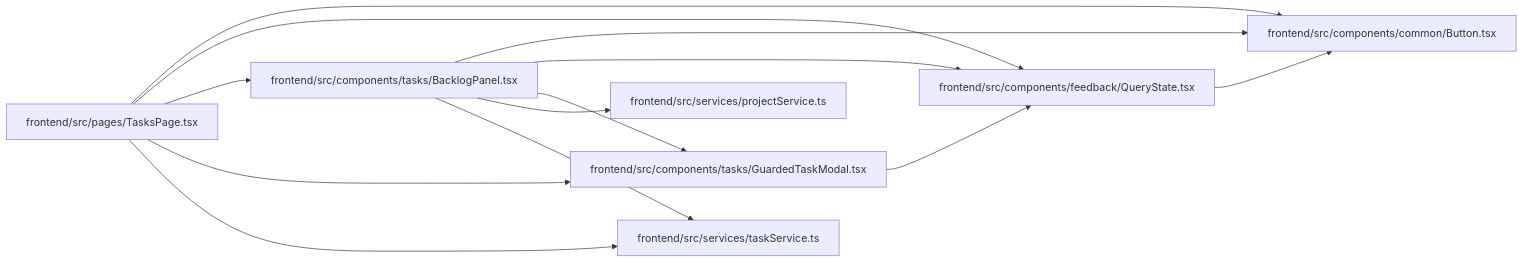
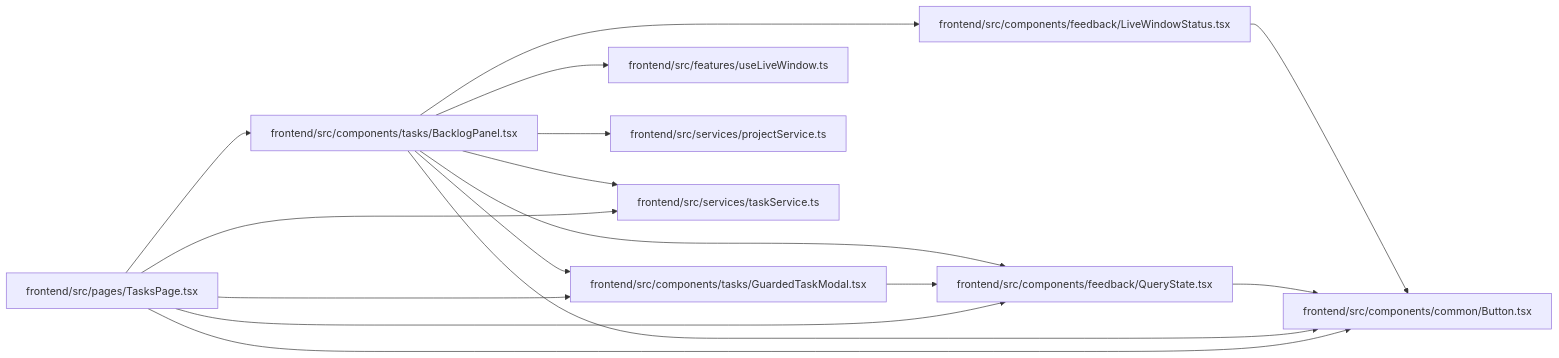
Before and after one commit to Denissvgn/WorkChord: the diagram in docs/llm_wiki/modules/BacklogPanel.md, drawn with Mermaid. The commit also changed other lines of this file and 392 other files, not shown here.

````diff
--- a/docs/llm_wiki/modules/BacklogPanel.md
+++ b/docs/llm_wiki/modules/BacklogPanel.md
@@ -32,29 +34,36 @@
 ```mermaid
 flowchart LR
     n0["frontend/src/components/common/Button.tsx"]
-    n1["frontend/src/components/feedback/QueryState.tsx"]
-    n2["frontend/src/components/tasks/BacklogPanel.tsx"]
-    n3["frontend/src/components/tasks/GuardedTaskModal.tsx"]
-    n4["frontend/src/pages/TasksPage.tsx"]
-    n5["frontend/src/services/projectService.ts"]
-    n6["frontend/src/services/taskService.ts"]
+    n1["frontend/src/components/feedback/LiveWindowStatus.tsx"]
+    n2["frontend/src/components/feedback/QueryState.tsx"]
+    n3["frontend/src/components/tasks/BacklogPanel.tsx"]
+    n4["frontend/src/components/tasks/GuardedTaskModal.tsx"]
+    n5["frontend/src/features/useLiveWindow.ts"]
+    n6["frontend/src/pages/TasksPage.tsx"]
+    n7["frontend/src/services/projectService.ts"]
+    n8["frontend/src/services/taskService.ts"]
     n1 --> n0
     n2 --> n0
-    n2 --> n1
-    n2 --> n3
-    n2 --> n5
-    n2 --> n6
+    n3 --> n0
     n3 --> n1
-    n4 --> n0
-    n4 --> n1
+    n3 --> n2
+    n3 --> n4
+    n3 --> n5
+    n3 --> n7
+    n3 --> n8
     n4 --> n2
-    n4 --> n3
-    n4 --> n6
+    n6 --> n0
+    n6 --> n2
+    n6 --> n3
+    n6 --> n4
+    n6 --> n8
     click n0 "../modules/Button.md"
-    click n1 "../modules/QueryState.md"
-    click n2 "../modules/BacklogPanel.md"
-    click n3 "../modules/GuardedTaskModal.md"
-    click n4 "../modules/TasksPage.md"
-    click n5 "../modules/projectService.md"
-    click n6 "../modules/taskService.md"
+    click n1 "../modules/LiveWindowStatus.md"
+    click n2 "../modules/QueryState.md"
+    click n3 "../modules/BacklogPanel.md"
+    click n4 "../modules/GuardedTaskModal.md"
+    click n5 "../modules/useLiveWindow.md"
+    click n6 "../modules/TasksPage.md"
+    click n7 "../modules/projectService.md"
+    click n8 "../modules/taskService.md"
 ```
````
